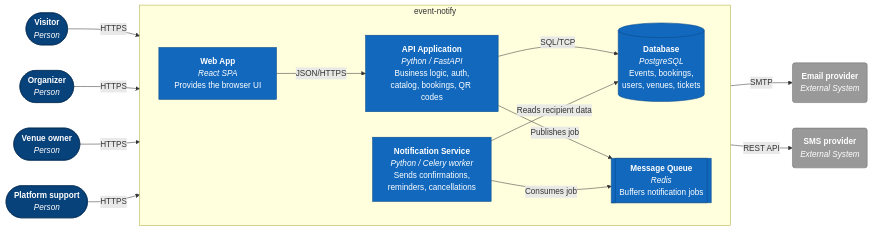
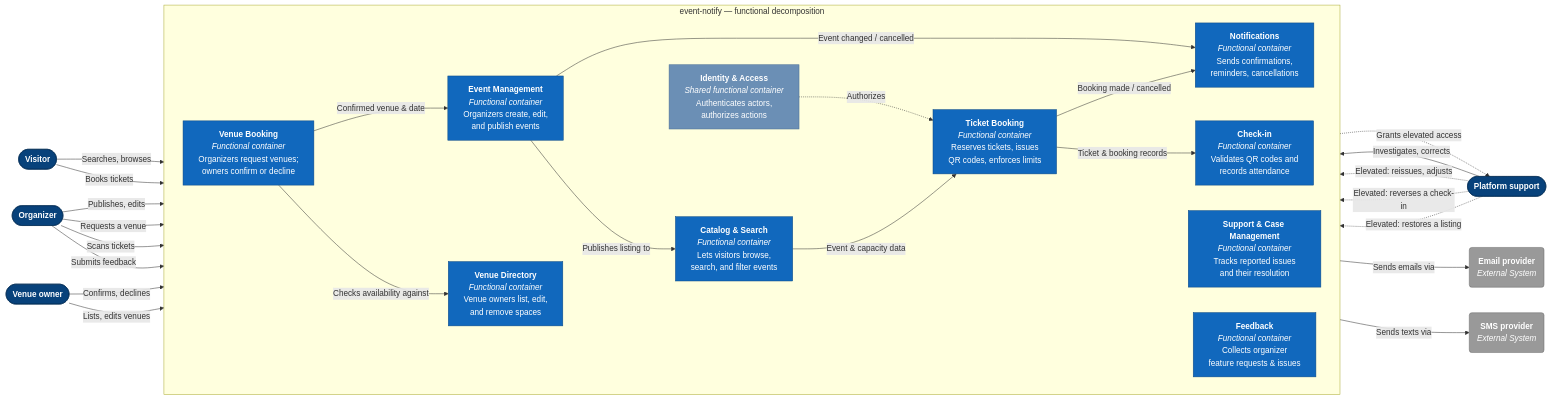
The diagram in docs/c4-container.md (curatedxv/event-notify), drawn with Mermaid before and after one commit. The commit also changed other lines of this file, not shown here.

Commit message:
Rework container diagram as functional decomposition
Replaces the tech-organized container diagram (single web app, API,
DB, queue, worker) with one organized by business capability instead,
traced back to the use cases in business-use-case.md. Support &
Case Management is deliberately thin: corrections happen directly in
whichever container owns the data (Ticket Booking, Check-in, Event
Management), triggered by Platform support with elevated access via
Identity & Access, rather than reimplemented in a separate admin tool.

````diff
--- a/docs/c4-container.md
+++ b/docs/c4-container.md
@@ -5,39 +5,64 @@
 ```mermaid
 flowchart LR
- subgraph boundary["event-notify"]
+ subgraph boundary["event-notify — functional decomposition"]
     direction LR
-        webApp["<b>Web App</b><br><i>React SPA</i><br>Provides the browser UI"]
-        api["<b>API Application</b><br><i>Python / FastAPI</i><br>Business logic, auth,<br>catalog, bookings, QR codes"]
-        db[("<b>Database</b><br><i>PostgreSQL</i><br>Events, bookings,<br>users, venues, tickets")]
-        queue[["<b>Message Queue</b><br><i>Redis</i><br>Buffers notification jobs"]]
-        notifSvc["<b>Notification Service</b><br><i>Python / Celery worker</i><br>Sends confirmations,<br>reminders, cancellations"]
-  end
-    visitor(["<b>Visitor</b><br><i>Person</i>"]) -- HTTPS --> webApp
-    organizer(["<b>Organizer</b><br><i>Person</i>"]) -- HTTPS --> webApp
-    venueOwner(["<b>Venue owner</b><br><i>Person</i>"]) -- HTTPS --> webApp
-    support(["<b>Platform support</b><br><i>Person</i>"]) -- HTTPS --> webApp
-    webApp -- JSON/HTTPS --> api
-    api -- SQL/TCP --> db
-    api -- Publishes job --> queue
-    notifSvc -- Consumes job --> queue
-    notifSvc -- Reads recipient data --> db
-    notifSvc -- SMTP --> emailProvider["<b>Email provider</b><br><i>External System</i>"]
-    notifSvc -- REST API --> smsProvider["<b>SMS provider</b><br><i>External System</i>"]
+        catalog["<b>Catalog & Search</b><br><i>Functional container</i><br>Lets visitors browse,<br>search, and filter events"]
+        eventMgmt["<b>Event Management</b><br><i>Functional container</i><br>Organizers create, edit,<br>and publish events"]
+        venueDirectory["<b>Venue Directory</b><br><i>Functional container</i><br>Venue owners list, edit,<br>and remove spaces"]
+        venueBooking["<b>Venue Booking</b><br><i>Functional container</i><br>Organizers request venues;<br>owners confirm or decline"]
+        ticketBooking["<b>Ticket Booking</b><br><i>Functional container</i><br>Reserves tickets, issues<br>QR codes, enforces limits"]
+        checkin["<b>Check-in</b><br><i>Functional container</i><br>Validates QR codes and<br>records attendance"]
+        notifications["<b>Notifications</b><br><i>Functional container</i><br>Sends confirmations,<br>reminders, cancellations"]
+        caseMgmt["<b>Support & Case Management</b><br><i>Functional container</i><br>Tracks reported issues<br>and their resolution"]
+        feedback["<b>Feedback</b><br><i>Functional container</i><br>Collects organizer<br>feature requests & issues"]
+        identity["<b>Identity & Access</b><br><i>Shared functional container</i><br>Authenticates actors,<br>authorizes actions"]
+ end
+    visitor(["<b>Visitor</b>"]) -- Searches, browses --> catalog
+    visitor -- Books tickets --> ticketBooking
+    organizer(["<b>Organizer</b>"]) -- Publishes, edits --> eventMgmt
+    organizer -- Requests a venue --> venueBooking
+    organizer -- Scans tickets --> checkin
+    organizer -- Submits feedback --> feedback
+    venueOwner(["<b>Venue owner</b>"]) -- Confirms, declines --> venueBooking
+    venueOwner -- Lists, edits venues --> venueDirectory
+    supportPerson(["<b>Platform support</b>"]) -- Investigates, corrects --> caseMgmt
+
+    eventMgmt -- Publishes listing to --> catalog
+    venueBooking -- Checks availability against --> venueDirectory
+    venueBooking -- Confirmed venue & date --> eventMgmt
+    catalog -- Event & capacity data --> ticketBooking
+    ticketBooking -- Booking made / cancelled --> notifications
+    eventMgmt -- Event changed / cancelled --> notifications
+    ticketBooking -- Ticket & booking records --> checkin
+    supportPerson -. Elevated: reissues, adjusts .-> ticketBooking
+    supportPerson -. Elevated: reverses a check-in .-> checkin
+    supportPerson -. Elevated: restores a listing .-> eventMgmt
+    identity -.Authorizes.-> ticketBooking
+    identity -.Grants elevated access.-> supportPerson
+
+    notifications -- Sends emails via --> emailProvider["<b>Email provider</b><br><i>External System</i>"]
+    notifications -- Sends texts via --> smsProvider["<b>SMS provider</b><br><i>External System</i>"]
 
     emailProvider@{ shape: rounded}
     smsProvider@{ shape: rounded}
-     webApp:::container
-     api:::container
-     db:::container
-     queue:::container
-     notifSvc:::container
+     catalog:::container
+     eventMgmt:::container
+     venueDirectory:::container
+     venueBooking:::container
+     ticketBooking:::container
+     checkin:::container
+     notifications:::container
+     caseMgmt:::container
+     feedback:::container
+     identity:::shared
      visitor:::person
      organizer:::person
      venueOwner:::person
-     support:::person
+     supportPerson:::person
      emailProvider:::external
      smsProvider:::external
     classDef person fill:#08427b,stroke:#052e56,color:#fff
     classDef container fill:#1168bd,stroke:#0b4884,color:#fff
+    classDef shared fill:#6b8fb5,stroke:#4a6e95,color:#fff
     classDef external fill:#999999,stroke:#6b6b6b,color:#fff
 ```
````
